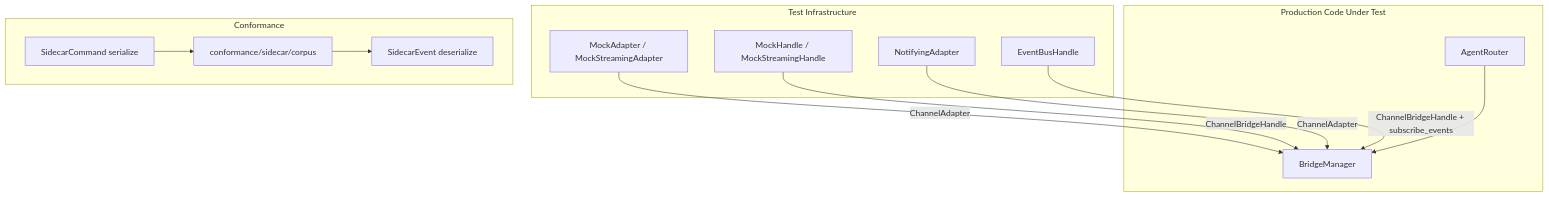
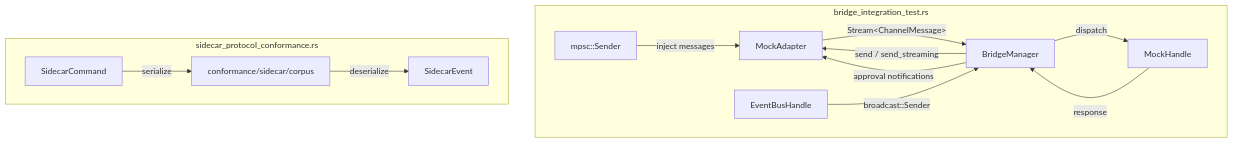
One commit to leszek3737/librefang-WIki changed the diagram in other-librefang-channels-tests.md. Above: the diagram before and after it, drawn with Mermaid. The commit also changed other lines of this file and 119 other files, not shown here.

````diff
--- a/other-librefang-channels-tests.md
+++ b/other-librefang-channels-tests.md
@@ -19,29 +11,17 @@
 ```mermaid
 graph TD
-    subgraph "Test Infrastructure"
-        MA[MockAdapter / MockStreamingAdapter]
-        MH[MockHandle / MockStreamingHandle]
-        SA[NotifyingAdapter]
-        EH[EventBusHandle]
+    subgraph "bridge_integration_test.rs"
+        TX[mpsc::Sender] -->|inject messages| MA[MockAdapter]
+        MA -->|Stream&lt;ChannelMessage&gt;| BM[BridgeManager]
+        BM -->|dispatch| MH[MockHandle]
+        MH -->|response| BM
+        BM -->|send / send_streaming| MA
+        EB[EventBusHandle] -->|broadcast::Sender| BM
+        BM -->|approval notifications| MA
     end
 
-    subgraph "Production Code Under Test"
-        BM[BridgeManager]
-        AR[AgentRouter]
+    subgraph "sidecar_protocol_conformance.rs"
+        CORPUS[conformance/sidecar/corpus] -->|deserialize| SE[SidecarEvent]
+        SC[SidecarCommand] -->|serialize| CORPUS
     end
-
-    subgraph "Conformance"
-        CORPUS[conformance/sidecar/corpus]
-        SE[SidecarEvent deserialize]
-        SC[SidecarCommand serialize]
-    end
-
-    MA -->|ChannelAdapter| BM
-    MH -->|ChannelBridgeHandle| BM
-    SA -->|ChannelAdapter| BM
-    EH -->|ChannelBridgeHandle + subscribe_events| BM
-    AR --> BM
-
-    CORPUS --> SE
-    SC --> CORPUS
 ```
````
